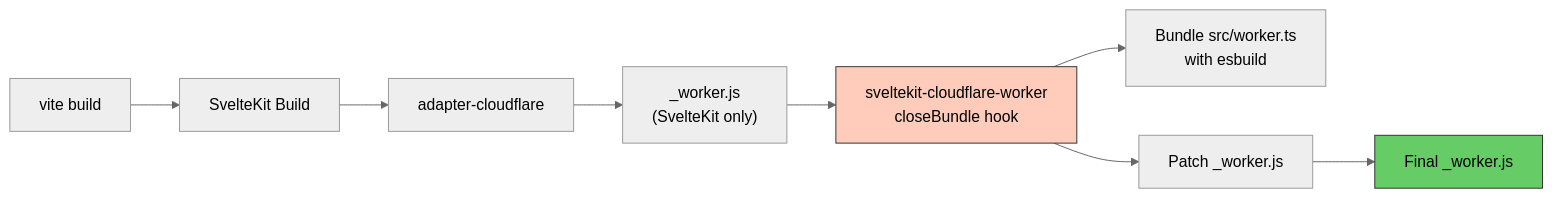
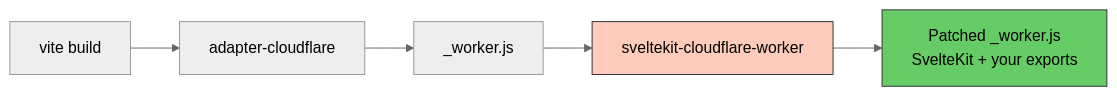
Before and after one commit to beynar/sveltekit-cloudflare-worker: the second of 2 diagrams in README.md, drawn with Mermaid (neutral theme). The commit also changed other lines of this file and 7 other files, not shown here.

````diff
--- a/README.md
+++ b/README.md
@@ -97,14 +183,10 @@
 ```mermaid
 flowchart LR
-    A[vite build] --> B[SvelteKit Build]
-    B --> C[adapter-cloudflare]
-    C --> D["_worker.js<br/>(SvelteKit only)"]
-    D --> E[sveltekit-cloudflare-worker<br/>closeBundle hook]
-    E --> F[Bundle src/worker.ts<br/>with esbuild]
-    E --> G[Patch _worker.js]
+    A[vite build] --> B[adapter-cloudflare]
+    B --> C["_worker.js"]
+    C --> D[sveltekit-cloudflare-worker]
+    D --> E["Patched _worker.js<br/>SvelteKit + your exports"]
 
-    G --> H["Final _worker.js"]
-
-    style E fill:#fcb,stroke:#333
-    style H fill:#6c6,stroke:#333
+    style D fill:#fcb,stroke:#333
+    style E fill:#6c6,stroke:#333
 ```
````
